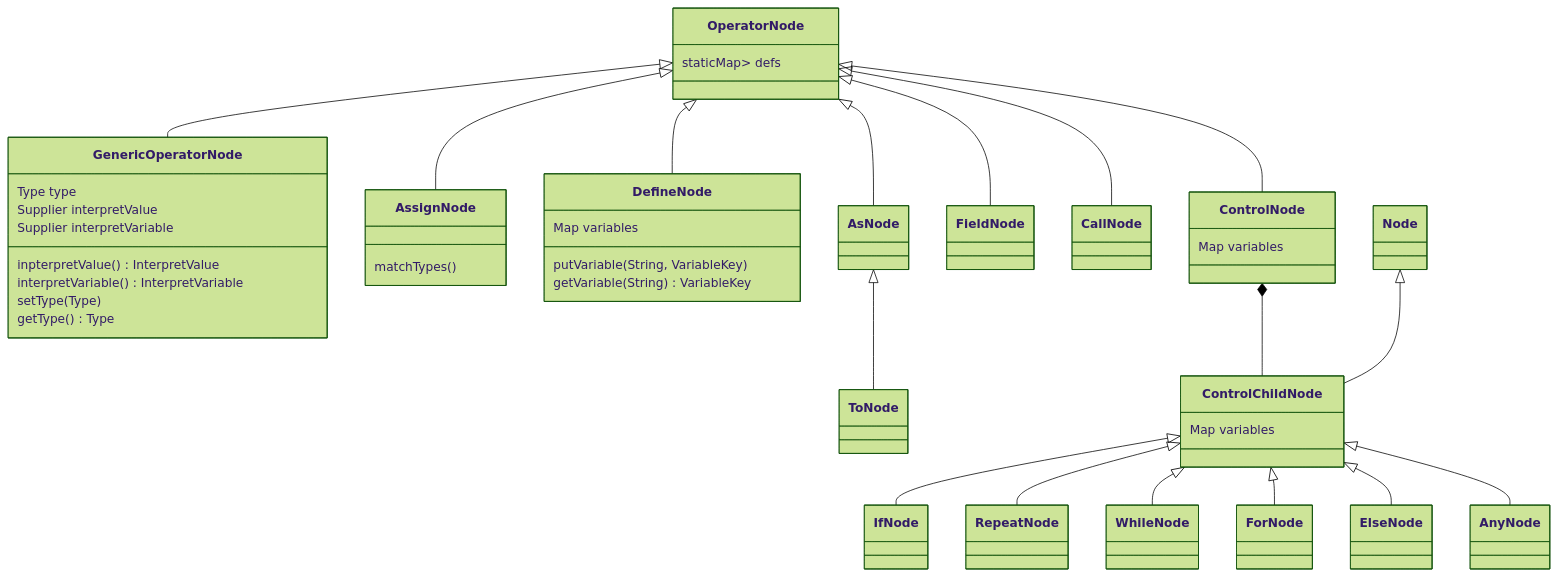
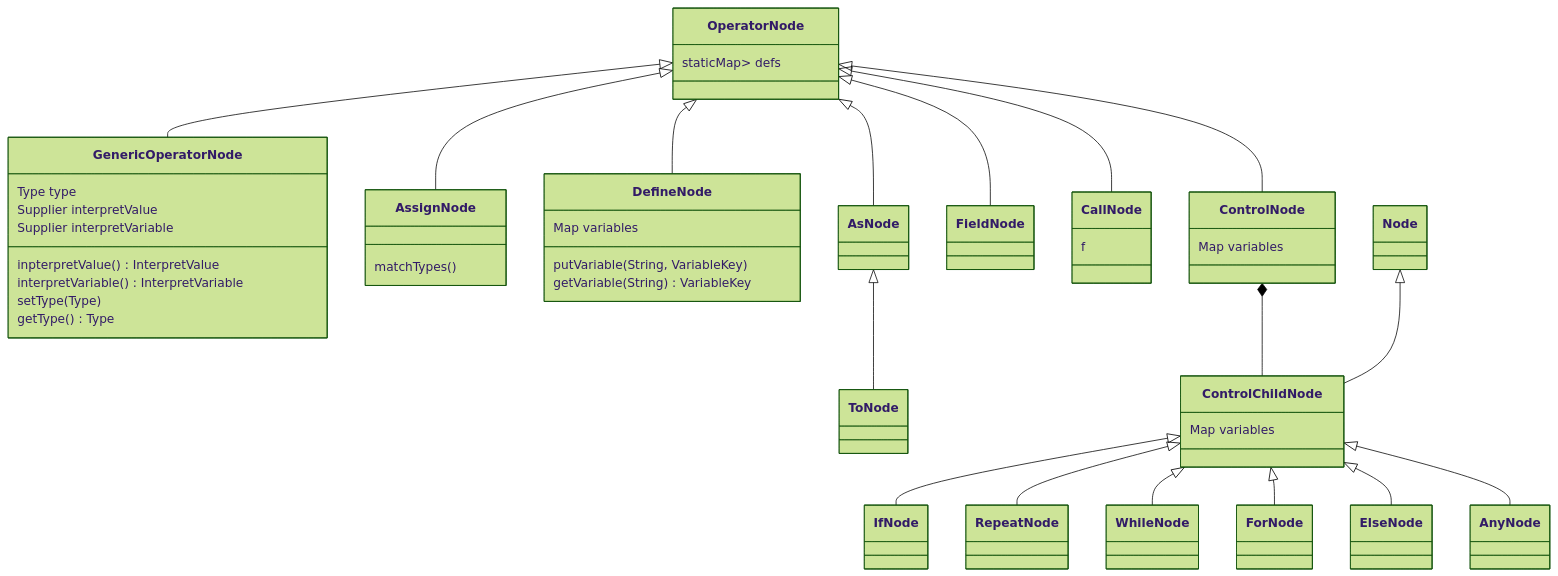
The third of 8 diagrams in Implementation.md (Jzhyang1/Monomer), drawn with Mermaid (forest theme) before and after one commit. The commit also changed other lines of this file, not shown here.

````diff
--- a/Implementation.md
+++ b/Implementation.md
@@ -156,39 +157,41 @@
 ```mermaid
 classDiagram
 OperatorNode <|-- GenericOperatorNode
 OperatorNode <|-- AssignNode
 OperatorNode <|-- DefineNode
 OperatorNode <|-- AsNode
 AsNode <|-- ToNode
 OperatorNode <|-- FieldNode
 OperatorNode <|-- CallNode
 OperatorNode <|-- ControlNode
 ControlNode *-- ControlChildNode
 Node <|-- ControlChildNode
 ControlChildNode <|-- IfNode
 ControlChildNode <|-- RepeatNode
 ControlChildNode <|-- WhileNode
 ControlChildNode <|-- ForNode
 ControlChildNode <|-- ElseNode
 ControlChildNode <|-- AnyNode
 
 OperatorNode: staticMap<String,Supplier<OperatorNode>> defs
 
 GenericOperatorNode: Type type
 GenericOperatorNode: Supplier<InterpretValue> interpretValue
 GenericOperatorNode: Supplier<InterpretVariable> interpretVariable
 GenericOperatorNode: inpterpretValue() InterpretValue
 GenericOperatorNode: interpretVariable() InterpretVariable
 GenericOperatorNode: setType(Type)
 GenericOperatorNode: getType() Type
 
 AssignNode: matchTypes()
 
 DefineNode: Map<String,VariableKey> variables
 DefineNode: putVariable(String, VariableKey)
 DefineNode: getVariable(String) VariableKey
 
 ControlNode: Map<String,VariableKey> variables
 
+CallNode: f
+
 ControlChildNode: Map<String,VariableKey> variables
 ```
````
